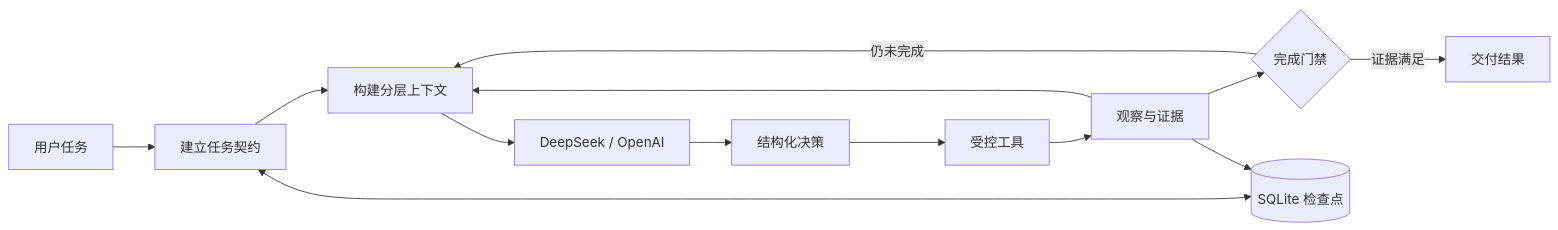
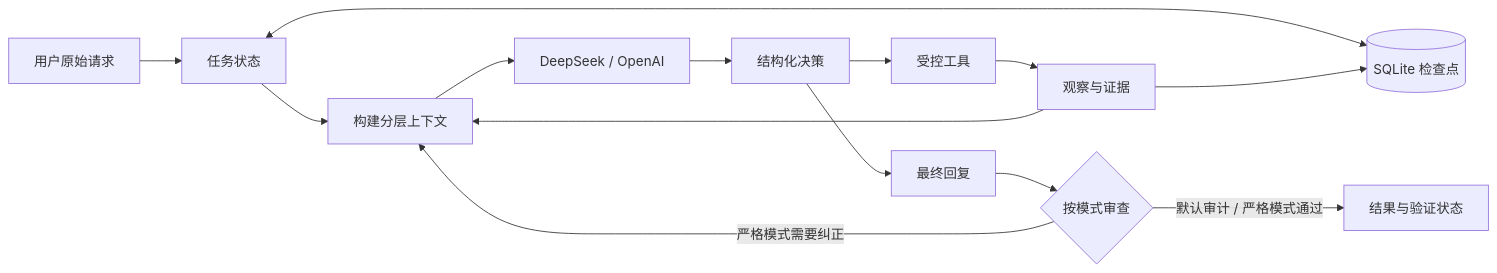
Before and after one commit to rochihihi/ragent: the diagram in README.zh-CN.md, drawn with Mermaid. The commit also changed other lines of this file and 1 other file, not shown here.

````diff
--- a/README.zh-CN.md
+++ b/README.zh-CN.md
@@ -26,15 +29,16 @@
 ```mermaid
 flowchart LR
-    U[用户任务] --> C[建立任务契约]
+    U[用户原始请求] --> C[任务状态]
     C --> X[构建分层上下文]
     X --> M[DeepSeek / OpenAI]
     M --> D[结构化决策]
     D --> T[受控工具]
     T --> O[观察与证据]
     O --> X
-    O --> V{完成门禁}
-    V -->|证据满足| R[交付结果]
-    V -->|仍未完成| X
+    D --> A[最终回复]
+    A --> V{按模式审查}
+    V -->|默认审计 / 严格模式通过| R[结果与验证状态]
+    V -->|严格模式需要纠正| X
     C <--> S[(SQLite 检查点)]
     O --> S
 ```
````
